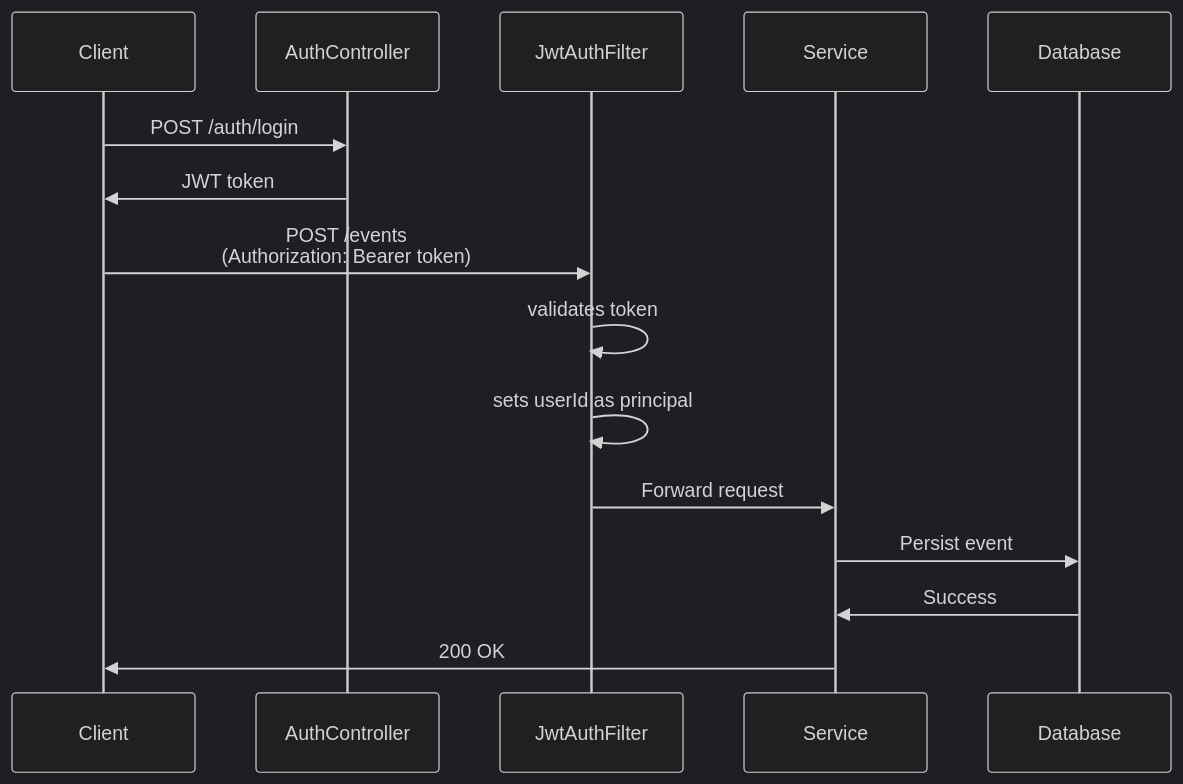
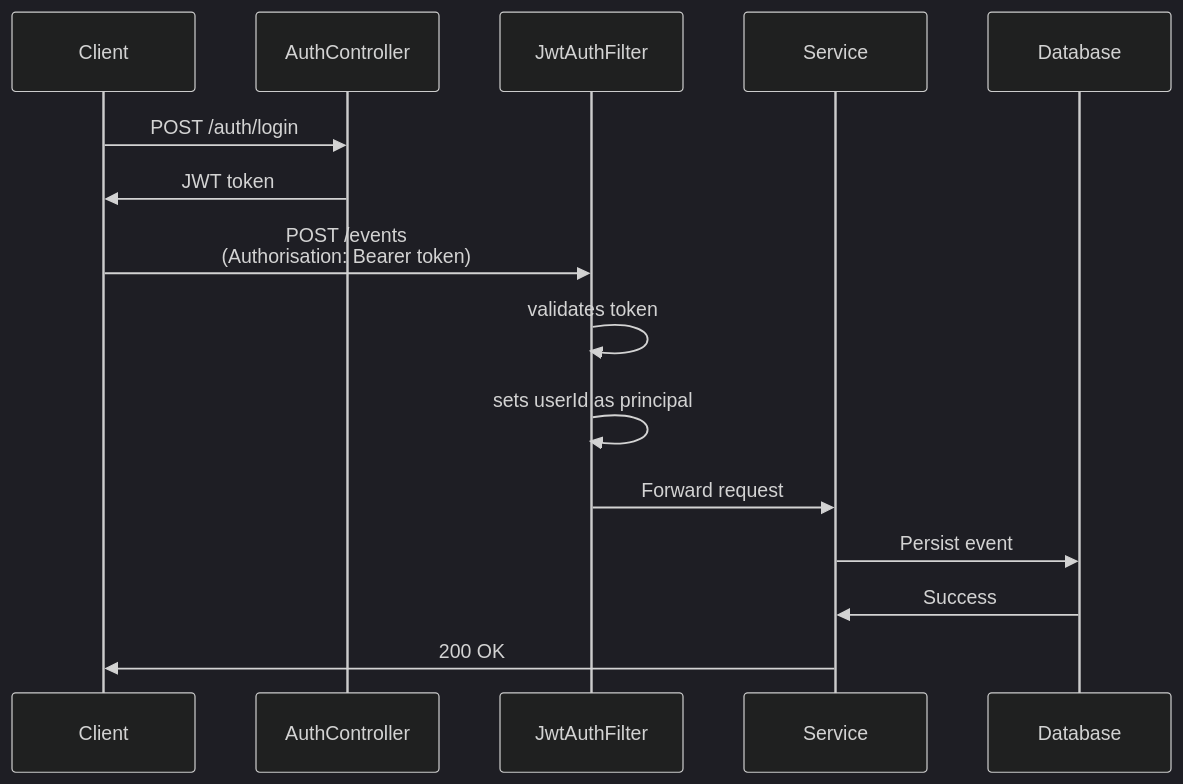
The second of 3 diagrams in README.md (DCRC95/Event-Analytics-Processing-API), drawn with Mermaid (dark theme) before and after one commit. The commit also changed other lines of this file, not shown here.

````diff
--- a/README.md
+++ b/README.md
@@ -77,19 +77,19 @@
 ```mermaid
 sequenceDiagram
     participant C as Client
     participant A as AuthController
     participant J as JwtAuthFilter
     participant S as Service
     participant D as Database
 
     C->>A: POST /auth/login
     A->>C: JWT token
     
-    C->>J: POST /events<br/>(Authorization: Bearer token)
+    C->>J: POST /events<br/>(Authorisation: Bearer token)
     J->>J: validates token
     J->>J: sets userId as principal
     J->>S: Forward request
     S->>D: Persist event
     D->>S: Success
     S->>C: 200 OK
 ```
````
